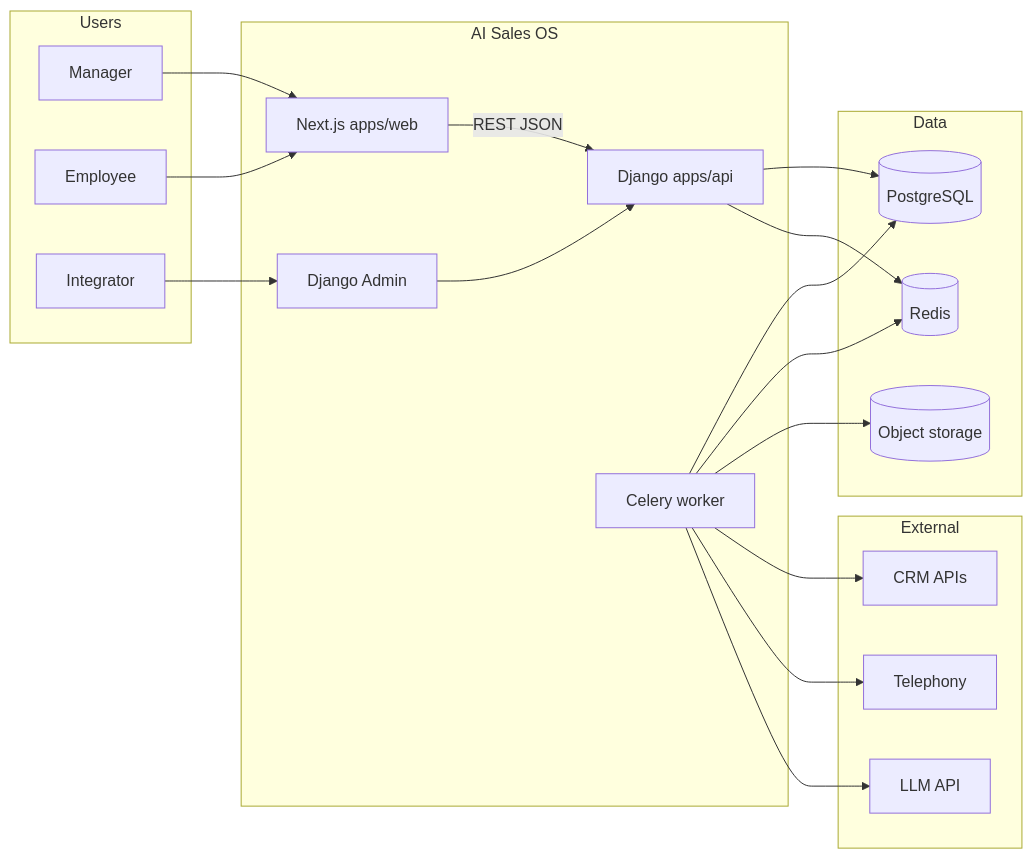
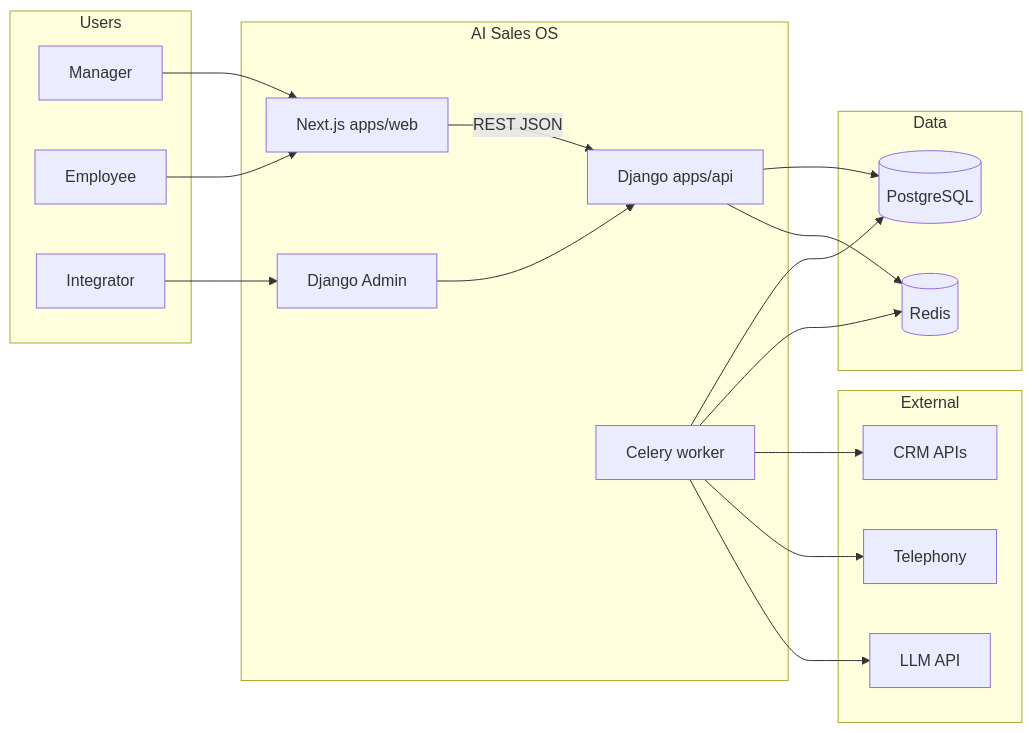
One commit to Alphy0835/ai-sales-os-dashboard changed the diagram in docs/architecture/system-overview.md. Above: the diagram before and after it, drawn with Mermaid. The commit also changed other lines of this file and 36 other files, not shown here.

````diff
--- a/docs/architecture/system-overview.md
+++ b/docs/architecture/system-overview.md
@@ -38,41 +38,39 @@
 ```mermaid
 flowchart LR
   subgraph users [Users]
     Manager[Manager]
     Employee[Employee]
     Integrator[Integrator]
   end
 
   subgraph platform [AI Sales OS]
     Web[Next.js apps/web]
     API[Django apps/api]
     Worker[Celery worker]
     Admin[Django Admin]
   end
 
   subgraph data [Data]
     PG[(PostgreSQL)]
     Redis[(Redis)]
-    S3[(Object storage)]
   end
 
   subgraph external [External]
     CRM[CRM APIs]
     Tel[Telephony]
     LLM[LLM API]
   end
 
   Manager --> Web
   Employee --> Web
   Integrator --> Admin
   Web -->|REST JSON| API
   Admin --> API
   API --> PG
   API --> Redis
   Worker --> PG
   Worker --> Redis
-  Worker --> S3
   Worker --> CRM
   Worker --> Tel
   Worker --> LLM
 ```
````
